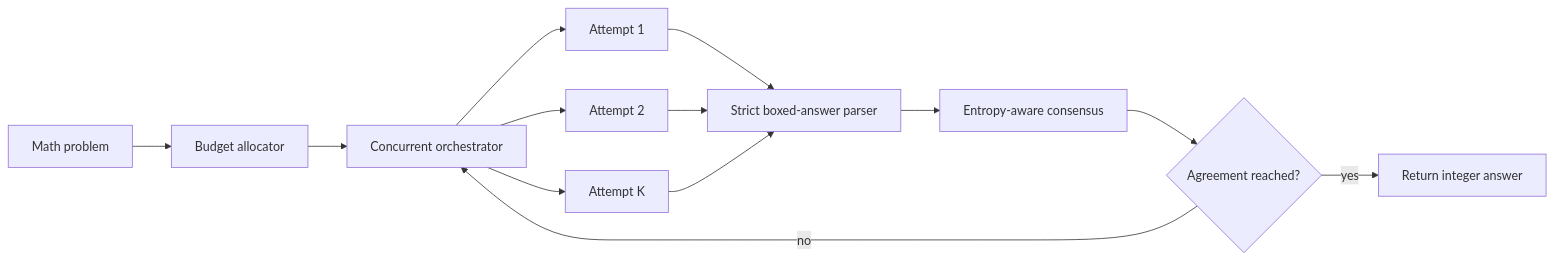
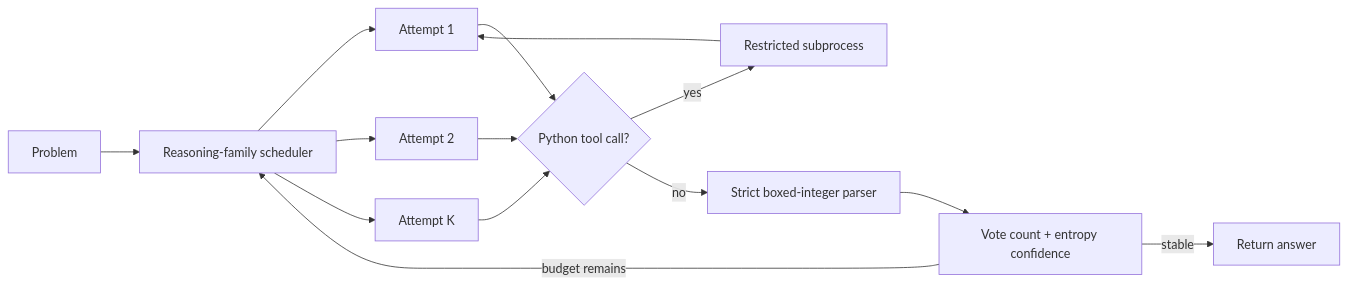
Before and after one commit to xufenghe/aimo3-agentic-inference: the diagram in README.md, drawn with Mermaid. The commit also changed other lines of this file and 40 other files, not shown here.

````diff
--- a/README.md
+++ b/README.md
@@ -25,15 +93,14 @@
 ```mermaid
 flowchart LR
-    Q[Math problem] --> B[Budget allocator]
-    B --> O[Concurrent orchestrator]
-    O --> A1[Attempt 1]
-    O --> A2[Attempt 2]
-    O --> AN[Attempt K]
-    A1 --> P[Strict boxed-answer parser]
-    A2 --> P
-    AN --> P
-    P --> E[Entropy-aware consensus]
-    E --> S{Agreement reached?}
-    S -->|yes| R[Return integer answer]
-    S -->|no| O
+    P[Problem] --> D[Reasoning-family scheduler]
+    D --> A1[Attempt 1]
+    D --> A2[Attempt 2]
+    D --> AK[Attempt K]
+    A1 & A2 & AK --> T{Python tool call?}
+    T -->|yes| X[Restricted subprocess]
+    X --> A1
+    T -->|no| V[Strict boxed-integer parser]
+    V --> C[Vote count + entropy confidence]
+    C -->|stable| R[Return answer]
+    C -->|budget remains| D
 ```
````
